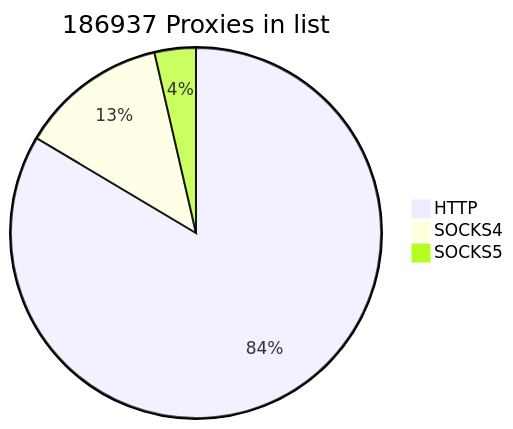
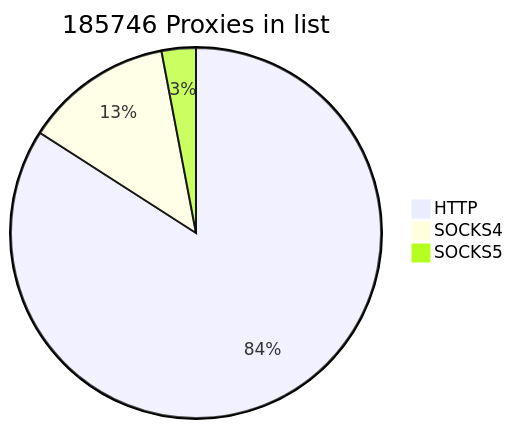
The first of 2 diagrams in README.md (cutipu/proxylist), drawn with Mermaid before and after one commit. The commit also changed other lines of this file, not shown here.

````diff
--- a/README.md
+++ b/README.md
@@ -2,7 +2,7 @@
 ```mermaid
-pie title 186937 Proxies in list
+pie title 185746 Proxies in list
     "HTTP" : 156183
     "SOCKS4" : 24012
-    "SOCKS5" : 6742
+    "SOCKS5" : 5551
             
 ```
````
